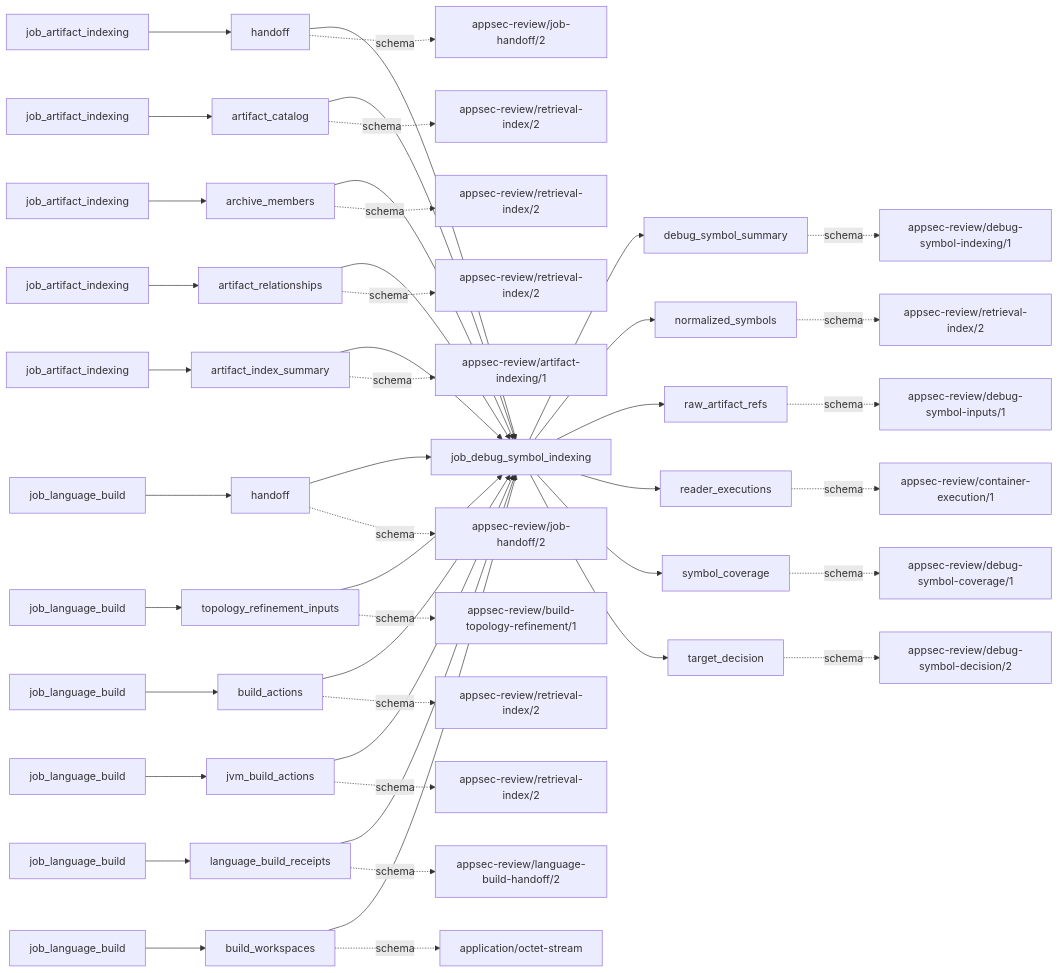
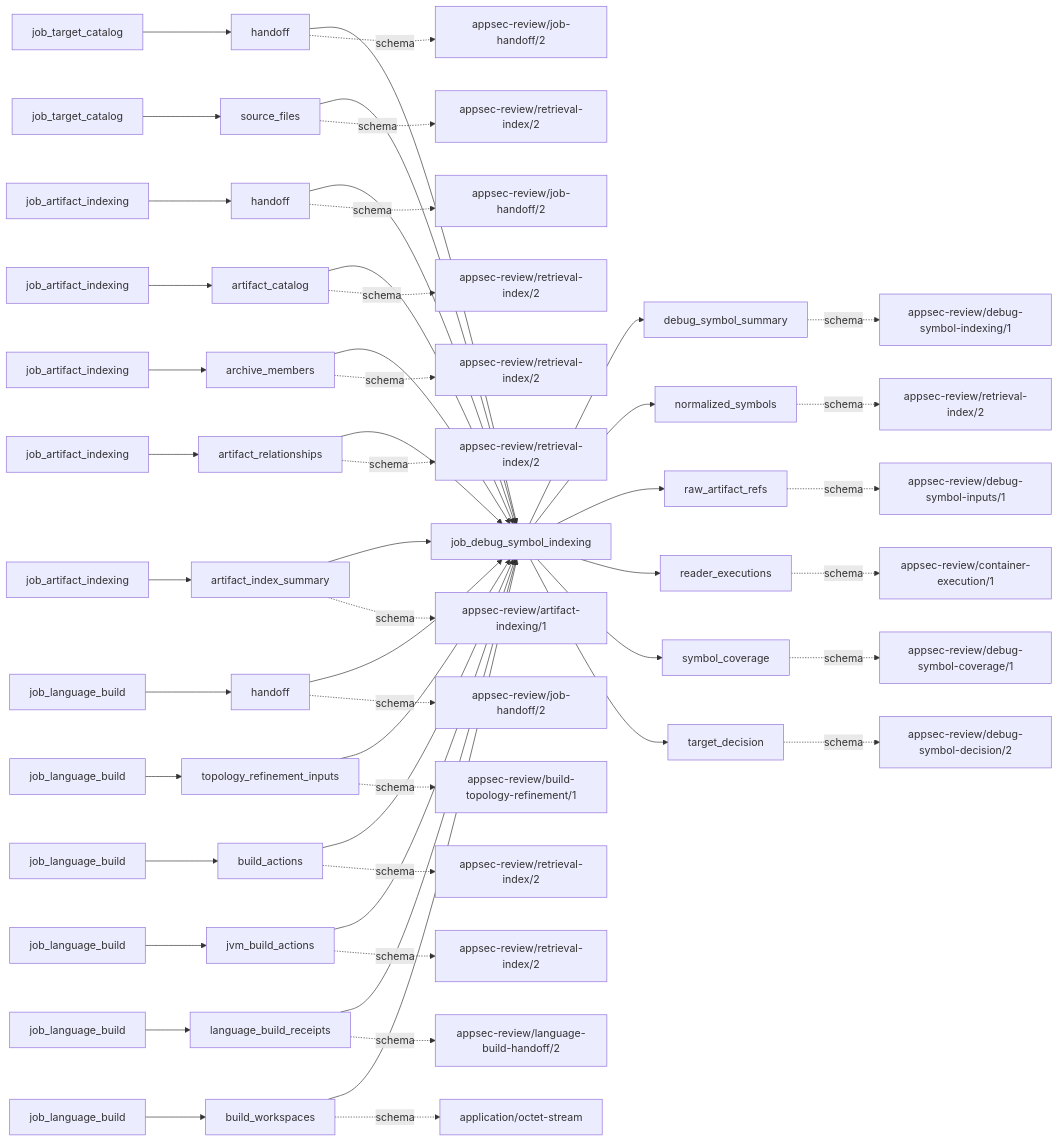
Before and after one commit to wsollers/appsec-review: the first of 2 diagrams in docs/operations/job_debug_symbol_indexing.md, drawn with Mermaid. The commit also changed other lines of this file and 4 other files, not shown here.

````diff
--- a/docs/operations/job_debug_symbol_indexing.md
+++ b/docs/operations/job_debug_symbol_indexing.md
@@ -89,61 +91,71 @@
 ```mermaid
 flowchart LR
   job["job_debug_symbol_indexing"]
-  producer0["job_artifact_indexing"]
+  producer0["job_target_catalog"]
   input0["handoff"]
   input_schema0["appsec-review/job-handoff/2"]
   producer0 --> input0 --> job
   input0 -. schema .-> input_schema0
-  producer1["job_artifact_indexing"]
-  input1["artifact_catalog"]
+  producer1["job_target_catalog"]
+  input1["source_files"]
   input_schema1["appsec-review/retrieval-index/2"]
   producer1 --> input1 --> job
   input1 -. schema .-> input_schema1
   producer2["job_artifact_indexing"]
-  input2["archive_members"]
-  input_schema2["appsec-review/retrieval-index/2"]
+  input2["handoff"]
+  input_schema2["appsec-review/job-handoff/2"]
   producer2 --> input2 --> job
   input2 -. schema .-> input_schema2
   producer3["job_artifact_indexing"]
-  input3["artifact_relationships"]
+  input3["artifact_catalog"]
   input_schema3["appsec-review/retrieval-index/2"]
   producer3 --> input3 --> job
   input3 -. schema .-> input_schema3
   producer4["job_artifact_indexing"]
-  input4["artifact_index_summary"]
-  input_schema4["appsec-review/artifact-indexing/1"]
+  input4["archive_members"]
+  input_schema4["appsec-review/retrieval-index/2"]
   producer4 --> input4 --> job
   input4 -. schema .-> input_schema4
-  producer5["job_language_build"]
-  input5["handoff"]
-  input_schema5["appsec-review/job-handoff/2"]
+  producer5["job_artifact_indexing"]
+  input5["artifact_relationships"]
+  input_schema5["appsec-review/retrieval-index/2"]
   producer5 --> input5 --> job
   input5 -. schema .-> input_schema5
-  producer6["job_language_build"]
-  input6["topology_refinement_inputs"]
-  input_schema6["appsec-review/build-topology-refinement/1"]
+  producer6["job_artifact_indexing"]
+  input6["artifact_index_summary"]
+  input_schema6["appsec-review/artifact-indexing/1"]
   producer6 --> input6 --> job
   input6 -. schema .-> input_schema6
   producer7["job_language_build"]
-  input7["build_actions"]
-  input_schema7["appsec-review/retrieval-index/2"]
+  input7["handoff"]
+  input_schema7["appsec-review/job-handoff/2"]
   producer7 --> input7 --> job
   input7 -. schema .-> input_schema7
   producer8["job_language_build"]
-  input8["jvm_build_actions"]
-  input_schema8["appsec-review/retrieval-index/2"]
+  input8["topology_refinement_inputs"]
+  input_schema8["appsec-review/build-topology-refinement/1"]
   producer8 --> input8 --> job
   input8 -. schema .-> input_schema8
   producer9["job_language_build"]
-  input9["language_build_receipts"]
-  input_schema9["appsec-review/language-build-handoff/2"]
+  input9["build_actions"]
+  input_schema9["appsec-review/retrieval-index/2"]
   producer9 --> input9 --> job
   input9 -. schema .-> input_schema9
   producer10["job_language_build"]
-  input10["build_workspaces"]
-  input_schema10["application/octet-stream"]
+  input10["jvm_build_actions"]
+  input_schema10["appsec-review/retrieval-index/2"]
   producer10 --> input10 --> job
   input10 -. schema .-> input_schema10
+  producer11["job_language_build"]
+  input11["language_build_receipts"]
+  input_schema11["appsec-review/language-build-handoff/2"]
+  producer11 --> input11 --> job
+  input11 -. schema .-> input_schema11
+  producer12["job_language_build"]
+  input12["build_workspaces"]
+  input_schema12["application/octet-stream"]
+  producer12 --> input12 --> job
+  input12 -. schema .-> input_schema12
   output0["debug_symbol_summary"]
   output_schema0["appsec-review/debug-symbol-indexing/1"]
   job --> output0
````
